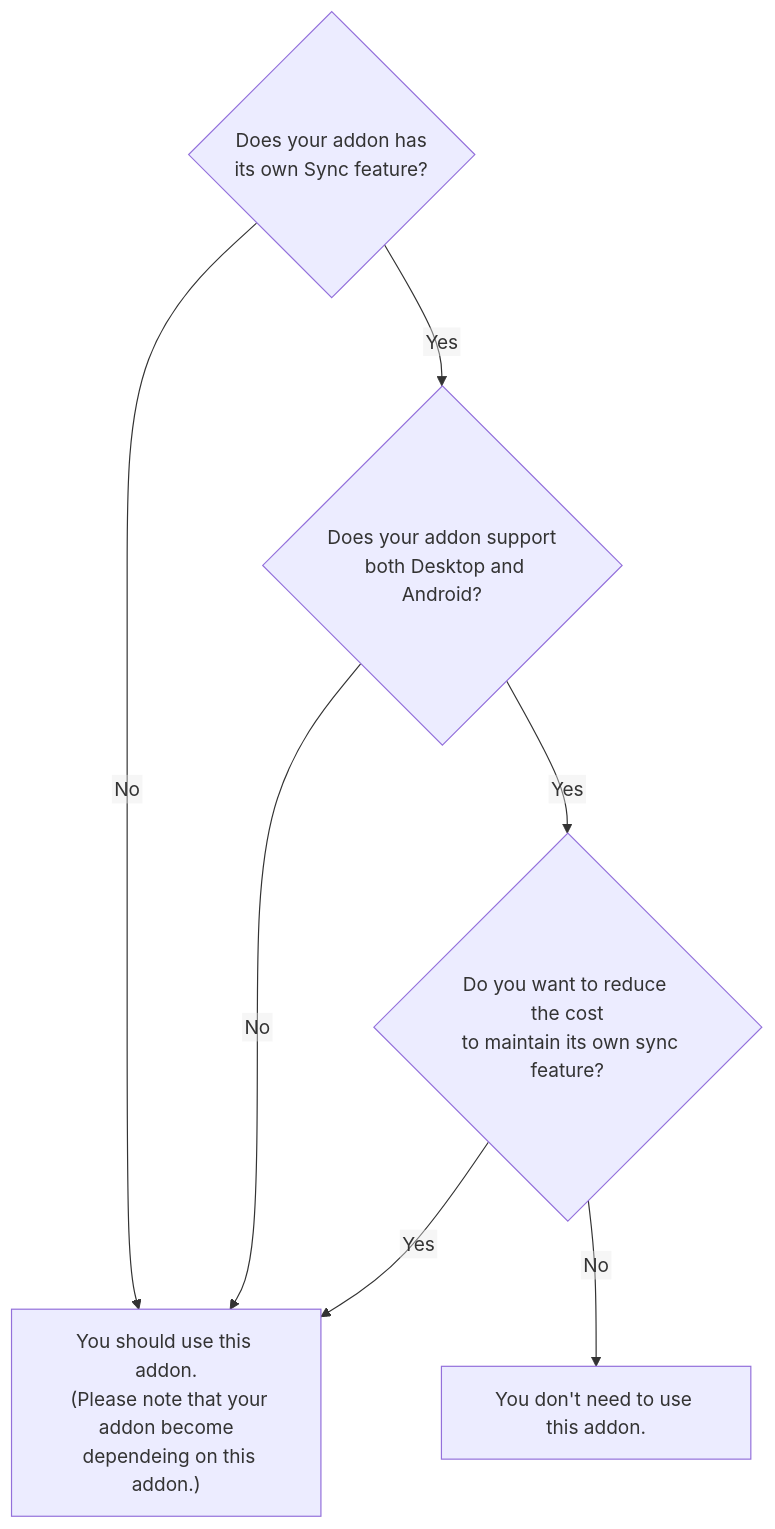
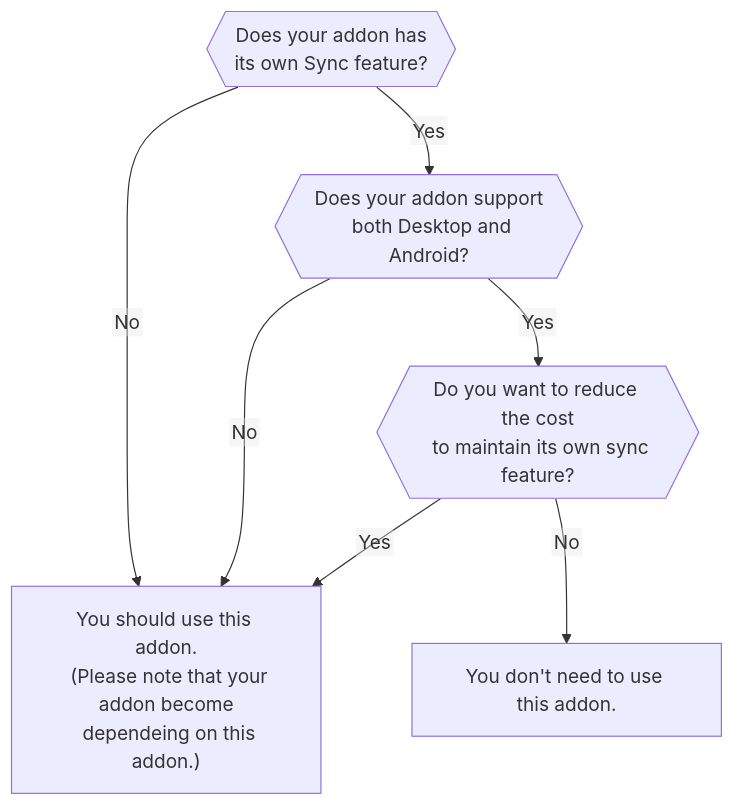
Before and after one commit to piroor/send-tabs-to-device-simulator: the diagram in README.md, drawn with Mermaid.

Commit message:
Reduce height of the graph

````diff
--- a/README.md
+++ b/README.md
@@ -16,27 +16,27 @@
 ```mermaid
 %%{init: {"flowchart": {"htmlLabels": false}} }%%
 flowchart TD;
-  HasOwnSync{"Does your addon has
-  its own Sync feature?"}
+  HasOwnSync{{"Does your addon has
+  its own Sync feature?"}}
 
-  BothSupport{"Does your addon support
-  both Desktop and Android?"}
+  BothSupport{{"Does your addon support
+  both Desktop and Android?"}}
 
-  ReduceCost{"Do you want to reduce the cost
-  to maintain its own sync feature?"}
+  ReduceCost{{"Do you want to reduce the cost
+  to maintain its own sync feature?"}}
 
   Need["You should use this addon.
   (Please note that your addon become
   dependeing on this addon.)"]
 
   NoNeed["You don't need to use this addon."]
 
   HasOwnSync-->|Yes|BothSupport
   HasOwnSync-->|No|Need
 
   BothSupport-->|Yes|ReduceCost
   BothSupport-->|No|Need
 
   ReduceCost-->|Yes|Need
   ReduceCost-->|No|NoNeed
 ```
````
